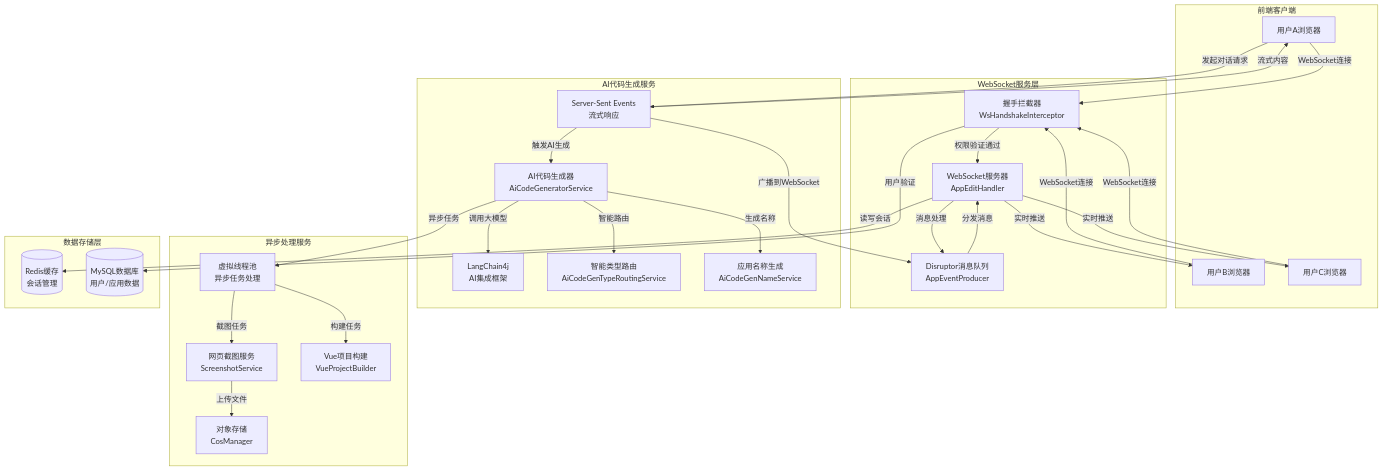
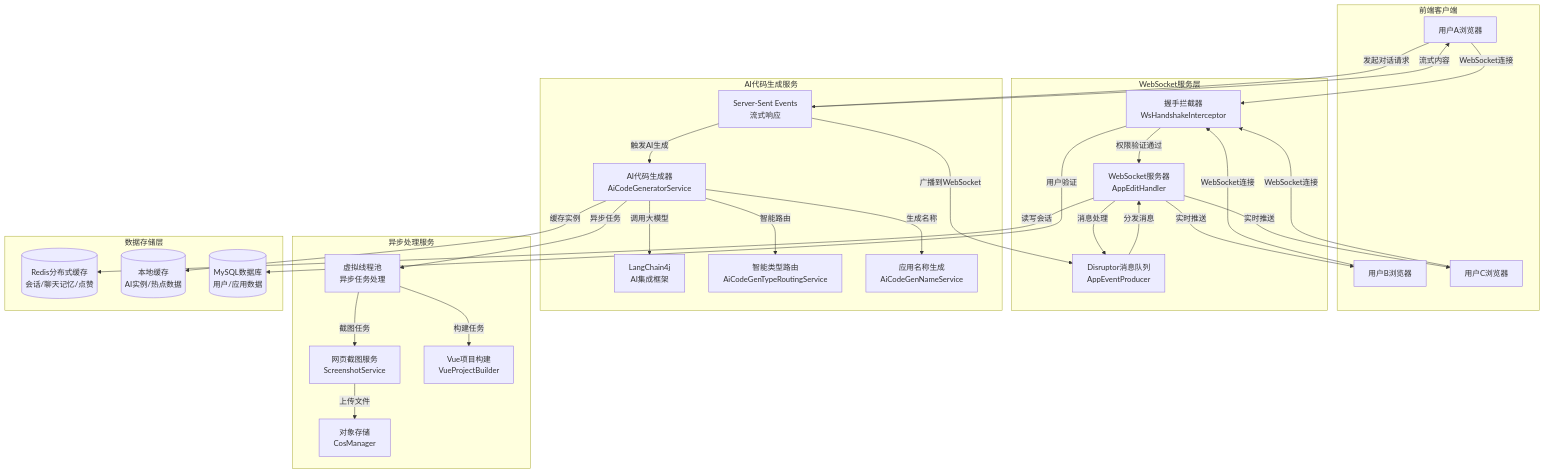
One commit to NormanLovesPickle/ai-code changed the first of 2 diagrams in README.md. Above: the diagram before and after it, drawn with Mermaid. The commit also changed other lines of this file and 17 other files, not shown here.

````diff
--- a/README.md
+++ b/README.md
@@ -146,62 +156,64 @@
 ```mermaid
 graph TB
     subgraph "前端客户端"
         A[用户A浏览器]
         B[用户B浏览器] 
         C[用户C浏览器]
     end
     
     subgraph "WebSocket服务层"
         WS[WebSocket服务器<br/>AppEditHandler]
         AUTH[握手拦截器<br/>WsHandshakeInterceptor]
         QUEUE[Disruptor消息队列<br/>AppEventProducer]
     end
     
     subgraph "AI代码生成服务"
         AI[AI代码生成器<br/>AiCodeGeneratorService]
         SSE[Server-Sent Events<br/>流式响应]
         LANG[LangChain4j<br/>AI集成框架]
         ROUTER[智能类型路由<br/>AiCodeGenTypeRoutingService]
         NAMER[应用名称生成<br/>AiCodeGenNameService]
     end
     
     subgraph "异步处理服务"
         VT[虚拟线程池<br/>异步任务处理]
         SCREEN[网页截图服务<br/>ScreenshotService]
         BUILDER[Vue项目构建<br/>VueProjectBuilder]
         COS[对象存储<br/>CosManager]
     end
     
     subgraph "数据存储层"
-        REDIS[(Redis缓存<br/>会话管理)]
+        REDIS[(Redis分布式缓存<br/>会话/聊天记忆/点赞)]
+        CACHE[(本地缓存<br/>AI实例/热点数据)]
         MYSQL[(MySQL数据库<br/>用户/应用数据)]
     end
     
     A -->|WebSocket连接| AUTH
     B -->|WebSocket连接| AUTH  
     C -->|WebSocket连接| AUTH
     
     AUTH -->|权限验证通过| WS
     WS -->|消息处理| QUEUE
     
     A -->|发起对话请求| SSE
     SSE -->|触发AI生成| AI
     AI -->|调用大模型| LANG
     AI -->|智能路由| ROUTER
     AI -->|生成名称| NAMER
     
     SSE -->|流式内容| A
     SSE -->|广播到WebSocket| QUEUE
     QUEUE -->|分发消息| WS
     
     WS -->|实时推送| B
     WS -->|实时推送| C
     
     WS -->|读写会话| REDIS
     AUTH -->|用户验证| MYSQL
+    AI -->|缓存实例| CACHE
     
     AI -->|异步任务| VT
     VT -->|截图任务| SCREEN
     VT -->|构建任务| BUILDER
     SCREEN -->|上传文件| COS
 ```
````
